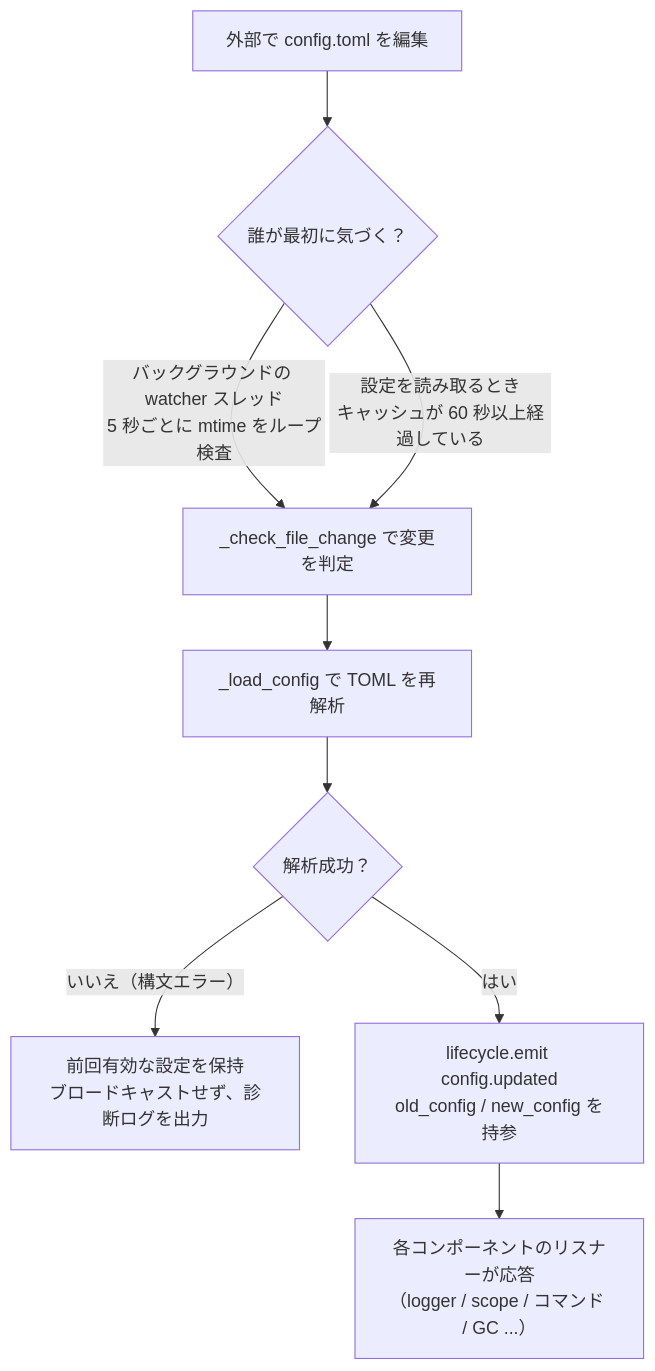
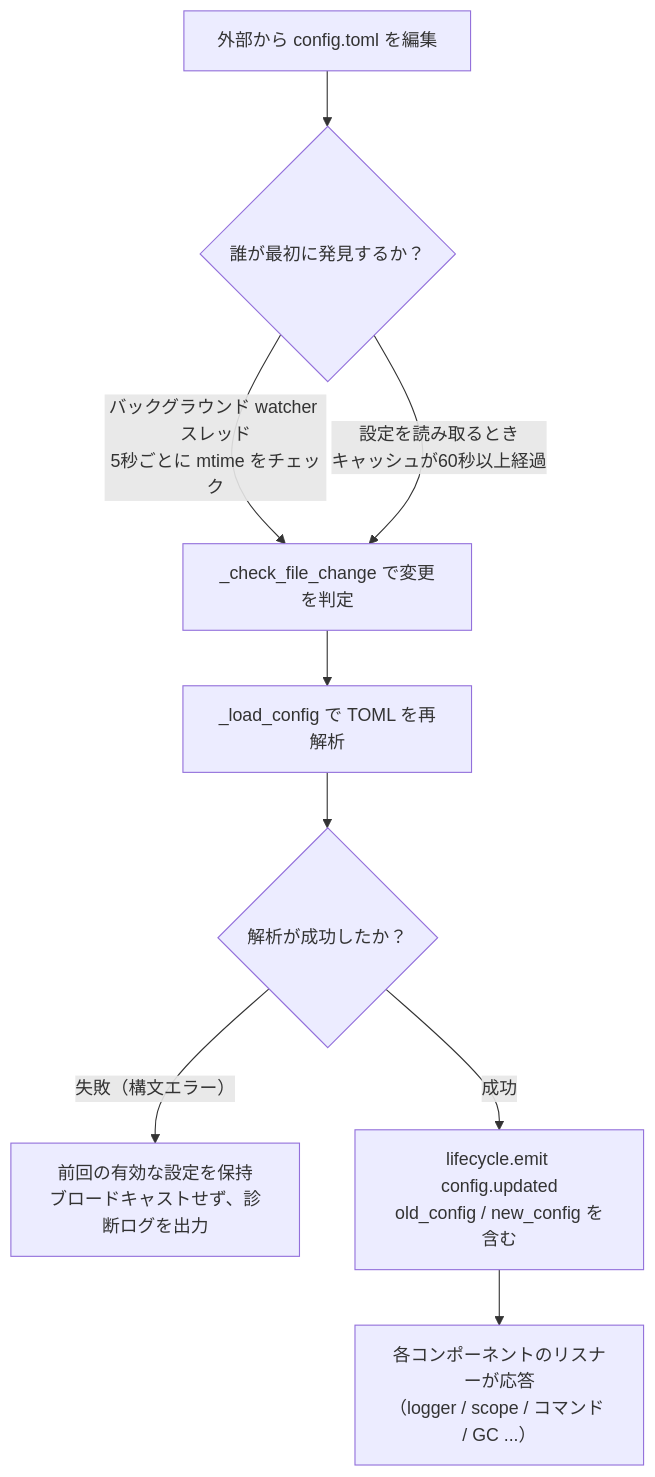
The diagram in docs/ja/user-guide/configuration.md (ErisPulse/ErisPulse), drawn with Mermaid before and after one commit. The commit also changed other lines of this file and 622 other files, not shown here.

````diff
--- a/docs/ja/user-guide/configuration.md
+++ b/docs/ja/user-guide/configuration.md
@@ -89,11 +89,11 @@
 ```mermaid
 flowchart TD
-    A["外部で config.toml を編集"] --> B{"誰が最初に気づく？"}
-    B -->|"バックグラウンドの watcher スレッド<br/>5 秒ごとに mtime をループ検査"| C["_check_file_change で変更を判定"]
-    B -->|"設定を読み取るとき<br/>キャッシュが 60 秒以上経過している"| C
+    A["外部から config.toml を編集"] --> B{"誰が最初に発見するか？"}
+    B -->|"バックグラウンド watcher スレッド<br/>5秒ごとに mtime をチェック"| C["_check_file_change で変更を判定"]
+    B -->|"設定を読み取るとき<br/>キャッシュが60秒以上経過"| C
     C --> D["_load_config で TOML を再解析"]
-    D --> E{"解析成功？"}
-    E -->|"いいえ（構文エラー）"| F["前回有効な設定を保持<br/>ブロードキャストせず、診断ログを出力"]
-    E -->|"はい"| G["lifecycle.emit config.updated<br/>old_config / new_config を持参"]
+    D --> E{"解析が成功したか？"}
+    E -->|"失敗（構文エラー）"| F["前回の有効な設定を保持<br/>ブロードキャストせず、診断ログを出力"]
+    E -->|"成功"| G["lifecycle.emit config.updated<br/>old_config / new_config を含む"]
     G --> H["各コンポーネントのリスナーが応答<br/>（logger / scope / コマンド / GC ...）"]
 ```
````
